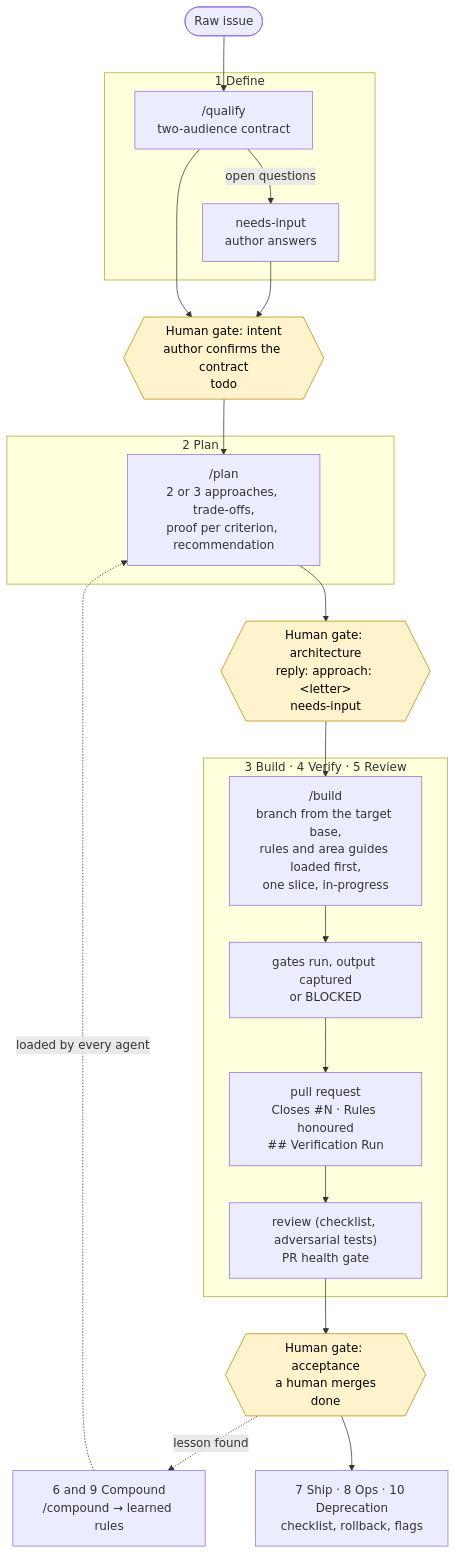
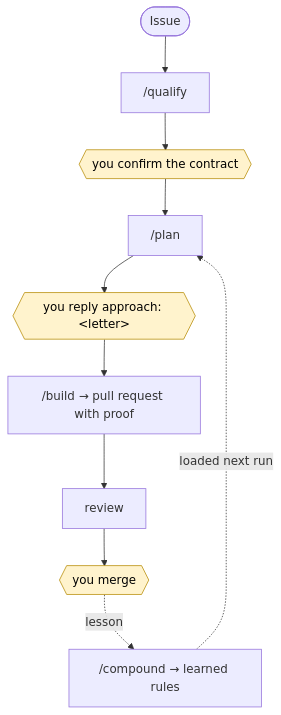
One commit to mickaelandrieu/aifier changed the diagram in README.md. Above: the diagram before and after it, drawn with Mermaid. The commit also changed other lines of this file, not shown here.

Commit message:
docs(readme): quick start first, one table, shorter cycle (#30)

````diff
--- a/README.md
+++ b/README.md
@@ -154,33 +61,14 @@
 ```mermaid
 flowchart TD
-    I([Raw issue]) --> Q
-
-    subgraph D["1 Define"]
-        Q["/qualify<br/>two-audience contract"]
-        Q -->|open questions| NI1["needs-input<br/>author answers"]
-    end
-    NI1 --> G1
-    Q --> G1{{"Human gate: intent<br/>author confirms the contract<br/>todo"}}
-
-    G1 --> PL
-    subgraph P["2 Plan"]
-        PL["/plan<br/>2 or 3 approaches, trade-offs,<br/>proof per criterion, recommendation"]
-    end
-    PL --> G2{{"Human gate: architecture<br/>reply: approach: &lt;letter&gt;<br/>needs-input"}}
-
-    G2 --> B
-    subgraph C["3 Build · 4 Verify · 5 Review"]
-        B["/build<br/>branch from the target base,<br/>rules and area guides loaded first,<br/>one slice, in-progress"]
-        B --> V["gates run, output captured<br/>or BLOCKED"]
-        V --> PR["pull request<br/>Closes #N · Rules honoured<br/>## Verification Run"]
-        PR --> R["review (checklist, adversarial tests)<br/>PR health gate"]
-    end
-    R --> G3{{"Human gate: acceptance<br/>a human merges<br/>done"}}
-
-    G3 -.->|lesson found| K["6 and 9 Compound<br/>/compound → learned rules"]
-    K -.->|loaded by every agent| PL
-    G3 --> S["7 Ship · 8 Ops · 10 Deprecation<br/>checklist, rollback, flags"]
-
+    I([Issue]) --> Q["/qualify"]
+    Q --> G1{{"you confirm the contract"}}
+    G1 --> PL["/plan"]
+    PL --> G2{{"you reply approach: &lt;letter&gt;"}}
+    G2 --> B["/build → pull request with proof"]
+    B --> R["review"]
+    R --> G3{{"you merge"}}
+    G3 -.->|lesson| K["/compound → learned rules"]
+    K -.->|loaded next run| PL
     classDef gate fill:#fff3cd,stroke:#b58900,color:#000
     class G1,G2,G3 gate
 ```
````
